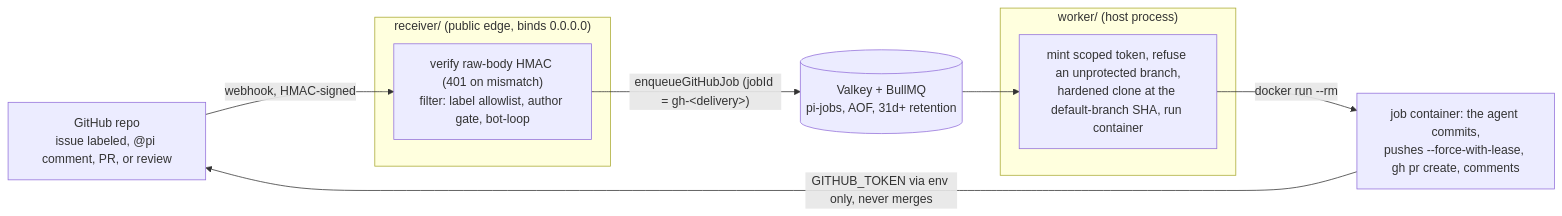
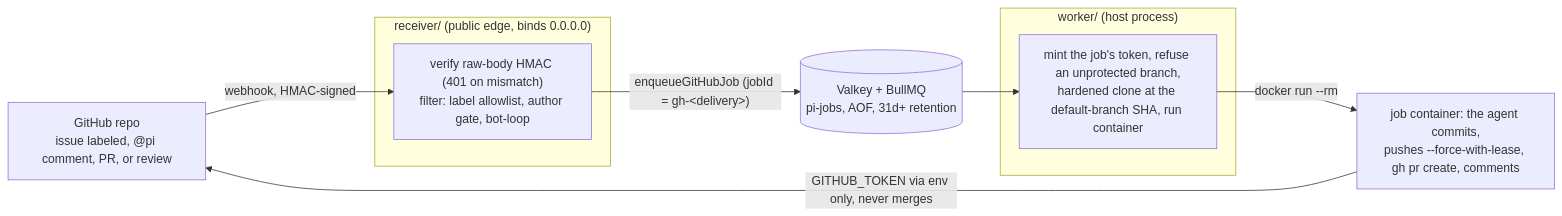
The second of 2 diagrams in README.md (edgehero/pi-dispatch), drawn with Mermaid before and after one commit. The commit also changed other lines of this file, not shown here.

````diff
--- a/README.md
+++ b/README.md
@@ -485,14 +485,14 @@
 ```mermaid
 flowchart LR
   GH["GitHub repo<br/>issue labeled, @pi comment, PR, or review"] -->|"webhook, HMAC-signed"| R
   subgraph EDGE["receiver/ (public edge, binds 0.0.0.0)"]
     R["verify raw-body HMAC (401 on mismatch)<br/>filter: label allowlist, author gate, bot-loop"]
   end
   R -->|"enqueueGitHubJob (jobId = gh-&lt;delivery&gt;)"| Q[("Valkey + BullMQ<br/>pi-jobs, AOF, 31d+ retention")]
   subgraph HOST["worker/ (host process)"]
-    W["mint scoped token, refuse an unprotected branch,<br/>hardened clone at the default-branch SHA, run container"]
+    W["mint the job's token, refuse an unprotected branch,<br/>hardened clone at the default-branch SHA, run container"]
   end
   Q --> W
   W -->|"docker run --rm"| C["job container: the agent commits,<br/>pushes --force-with-lease, gh pr create, comments"]
   C -->|"GITHUB_TOKEN via env only, never merges"| GH
 ```
````
